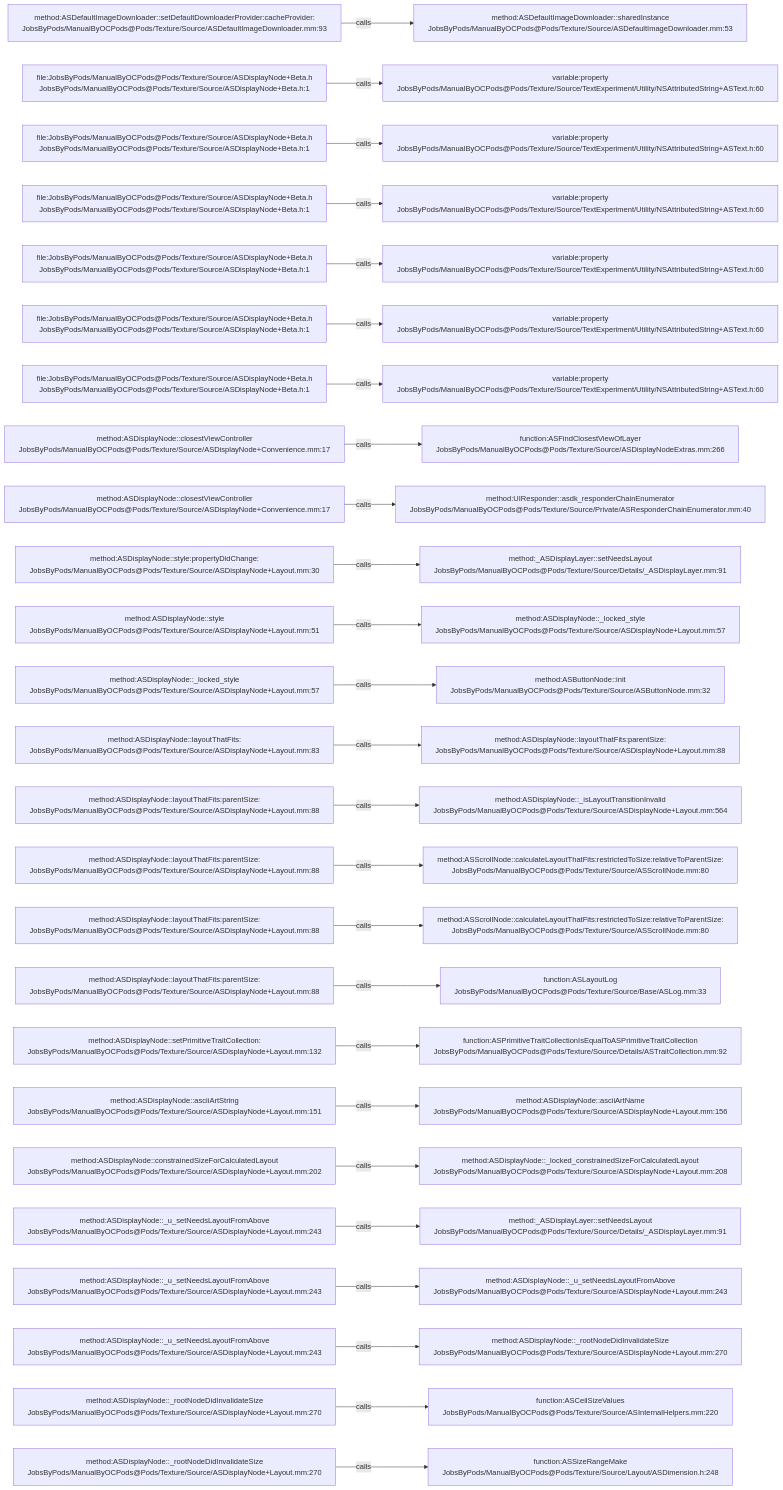
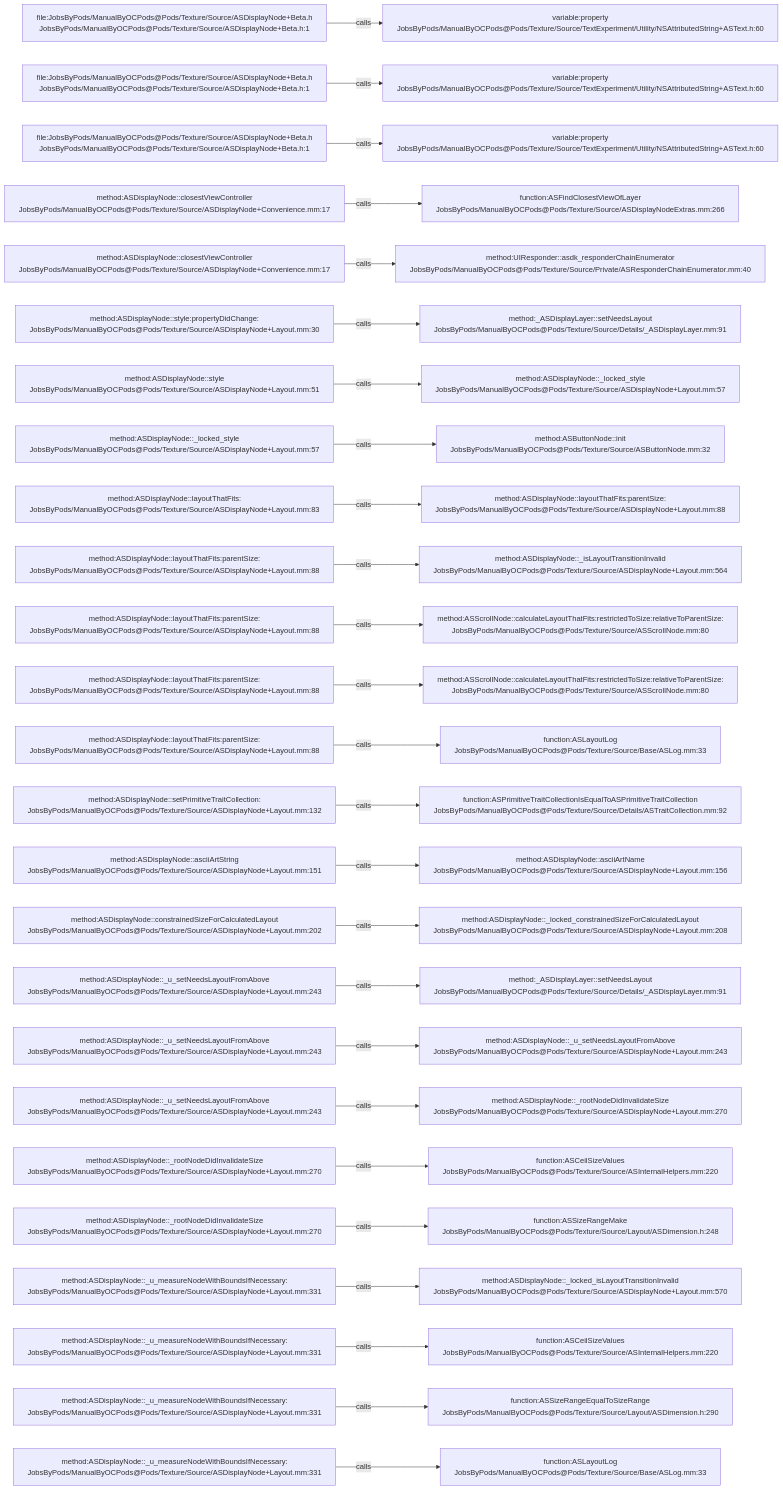
The diagram in .codegraph/codegraph.md/graphs/calls-088.md (JobsKits/JobsOCBaseConfigDemo), drawn with Mermaid before and after one commit. The commit also changed 727 other files, not shown here.

````diff
--- a/.codegraph/codegraph.md/graphs/calls-088.md
+++ b/.codegraph/codegraph.md/graphs/calls-088.md
@@ -13,78 +13,78 @@
 ```mermaid
 flowchart LR
-  S1["method:ASDefaultImageDownloader::setDefaultDownloaderProvider:cacheProvider:<br/>JobsByPods/ManualByOCPods@Pods/Texture/Source/ASDefaultImageDownloader.mm:93"]
-  T1["method:ASDefaultImageDownloader::sharedInstance<br/>JobsByPods/ManualByOCPods@Pods/Texture/Source/ASDefaultImageDownloader.mm:53"]
+  S1["file:JobsByPods/ManualByOCPods@Pods/Texture/Source/ASDisplayNode+Beta.h<br/>JobsByPods/ManualByOCPods@Pods/Texture/Source/ASDisplayNode+Beta.h:1"]
+  T1["variable:property<br/>JobsByPods/ManualByOCPods@Pods/Texture/Source/TextExperiment/Utility/NSAttributedString+ASText.h:60"]
   S1 -->|calls| T1
   S2["file:JobsByPods/ManualByOCPods@Pods/Texture/Source/ASDisplayNode+Beta.h<br/>JobsByPods/ManualByOCPods@Pods/Texture/Source/ASDisplayNode+Beta.h:1"]
   T2["variable:property<br/>JobsByPods/ManualByOCPods@Pods/Texture/Source/TextExperiment/Utility/NSAttributedString+ASText.h:60"]
   S2 -->|calls| T2
   S3["file:JobsByPods/ManualByOCPods@Pods/Texture/Source/ASDisplayNode+Beta.h<br/>JobsByPods/ManualByOCPods@Pods/Texture/Source/ASDisplayNode+Beta.h:1"]
   T3["variable:property<br/>JobsByPods/ManualByOCPods@Pods/Texture/Source/TextExperiment/Utility/NSAttributedString+ASText.h:60"]
   S3 -->|calls| T3
-  S4["file:JobsByPods/ManualByOCPods@Pods/Texture/Source/ASDisplayNode+Beta.h<br/>JobsByPods/ManualByOCPods@Pods/Texture/Source/ASDisplayNode+Beta.h:1"]
-  T4["variable:property<br/>JobsByPods/ManualByOCPods@Pods/Texture/Source/TextExperiment/Utility/NSAttributedString+ASText.h:60"]
+  S4["method:ASDisplayNode::closestViewController<br/>JobsByPods/ManualByOCPods@Pods/Texture/Source/ASDisplayNode+Convenience.mm:17"]
+  T4["function:ASFindClosestViewOfLayer<br/>JobsByPods/ManualByOCPods@Pods/Texture/Source/ASDisplayNodeExtras.mm:266"]
   S4 -->|calls| T4
-  S5["file:JobsByPods/ManualByOCPods@Pods/Texture/Source/ASDisplayNode+Beta.h<br/>JobsByPods/ManualByOCPods@Pods/Texture/Source/ASDisplayNode+Beta.h:1"]
-  T5["variable:property<br/>JobsByPods/ManualByOCPods@Pods/Texture/Source/TextExperiment/Utility/NSAttributedString+ASText.h:60"]
+  S5["method:ASDisplayNode::closestViewController<br/>JobsByPods/ManualByOCPods@Pods/Texture/Source/ASDisplayNode+Convenience.mm:17"]
+  T5["method:UIResponder::asdk_responderChainEnumerator<br/>JobsByPods/ManualByOCPods@Pods/Texture/Source/Private/ASResponderChainEnumerator.mm:40"]
   S5 -->|calls| T5
-  S6["file:JobsByPods/ManualByOCPods@Pods/Texture/Source/ASDisplayNode+Beta.h<br/>JobsByPods/ManualByOCPods@Pods/Texture/Source/ASDisplayNode+Beta.h:1"]
-  T6["variable:property<br/>JobsByPods/ManualByOCPods@Pods/Texture/Source/TextExperiment/Utility/NSAttributedString+ASText.h:60"]
+  S6["method:ASDisplayNode::style:propertyDidChange:<br/>JobsByPods/ManualByOCPods@Pods/Texture/Source/ASDisplayNode+Layout.mm:30"]
+  T6["method:_ASDisplayLayer::setNeedsLayout<br/>JobsByPods/ManualByOCPods@Pods/Texture/Source/Details/_ASDisplayLayer.mm:91"]
   S6 -->|calls| T6
-  S7["file:JobsByPods/ManualByOCPods@Pods/Texture/Source/ASDisplayNode+Beta.h<br/>JobsByPods/ManualByOCPods@Pods/Texture/Source/ASDisplayNode+Beta.h:1"]
-  T7["variable:property<br/>JobsByPods/ManualByOCPods@Pods/Texture/Source/TextExperiment/Utility/NSAttributedString+ASText.h:60"]
+  S7["method:ASDisplayNode::style<br/>JobsByPods/ManualByOCPods@Pods/Texture/Source/ASDisplayNode+Layout.mm:51"]
+  T7["method:ASDisplayNode::_locked_style<br/>JobsByPods/ManualByOCPods@Pods/Texture/Source/ASDisplayNode+Layout.mm:57"]
   S7 -->|calls| T7
-  S8["method:ASDisplayNode::closestViewController<br/>JobsByPods/ManualByOCPods@Pods/Texture/Source/ASDisplayNode+Convenience.mm:17"]
-  T8["function:ASFindClosestViewOfLayer<br/>JobsByPods/ManualByOCPods@Pods/Texture/Source/ASDisplayNodeExtras.mm:266"]
+  S8["method:ASDisplayNode::_locked_style<br/>JobsByPods/ManualByOCPods@Pods/Texture/Source/ASDisplayNode+Layout.mm:57"]
+  T8["method:ASButtonNode::init<br/>JobsByPods/ManualByOCPods@Pods/Texture/Source/ASButtonNode.mm:32"]
   S8 -->|calls| T8
-  S9["method:ASDisplayNode::closestViewController<br/>JobsByPods/ManualByOCPods@Pods/Texture/Source/ASDisplayNode+Convenience.mm:17"]
-  T9["method:UIResponder::asdk_responderChainEnumerator<br/>JobsByPods/ManualByOCPods@Pods/Texture/Source/Private/ASResponderChainEnumerator.mm:40"]
+  S9["method:ASDisplayNode::layoutThatFits:<br/>JobsByPods/ManualByOCPods@Pods/Texture/Source/ASDisplayNode+Layout.mm:83"]
+  T9["method:ASDisplayNode::layoutThatFits:parentSize:<br/>JobsByPods/ManualByOCPods@Pods/Texture/Source/ASDisplayNode+Layout.mm:88"]
   S9 -->|calls| T9
-  S10["method:ASDisplayNode::style:propertyDidChange:<br/>JobsByPods/ManualByOCPods@Pods/Texture/Source/ASDisplayNode+Layout.mm:30"]
-  T10["method:_ASDisplayLayer::setNeedsLayout<br/>JobsByPods/ManualByOCPods@Pods/Texture/Source/Details/_ASDisplayLayer.mm:91"]
+  S10["method:ASDisplayNode::layoutThatFits:parentSize:<br/>JobsByPods/ManualByOCPods@Pods/Texture/Source/ASDisplayNode+Layout.mm:88"]
+  T10["method:ASDisplayNode::_isLayoutTransitionInvalid<br/>JobsByPods/ManualByOCPods@Pods/Texture/Source/ASDisplayNode+Layout.mm:564"]
   S10 -->|calls| T10
-  S11["method:ASDisplayNode::style<br/>JobsByPods/ManualByOCPods@Pods/Texture/Source/ASDisplayNode+Layout.mm:51"]
-  T11["method:ASDisplayNode::_locked_style<br/>JobsByPods/ManualByOCPods@Pods/Texture/Source/ASDisplayNode+Layout.mm:57"]
+  S11["method:ASDisplayNode::layoutThatFits:parentSize:<br/>JobsByPods/ManualByOCPods@Pods/Texture/Source/ASDisplayNode+Layout.mm:88"]
+  T11["method:ASScrollNode::calculateLayoutThatFits:restrictedToSize:relativeToParentSize:<br/>JobsByPods/ManualByOCPods@Pods/Texture/Source/ASScrollNode.mm:80"]
   S11 -->|calls| T11
-  S12["method:ASDisplayNode::_locked_style<br/>JobsByPods/ManualByOCPods@Pods/Texture/Source/ASDisplayNode+Layout.mm:57"]
-  T12["method:ASButtonNode::init<br/>JobsByPods/ManualByOCPods@Pods/Texture/Source/ASButtonNode.mm:32"]
+  S12["method:ASDisplayNode::layoutThatFits:parentSize:<br/>JobsByPods/ManualByOCPods@Pods/Texture/Source/ASDisplayNode+Layout.mm:88"]
+  T12["method:ASScrollNode::calculateLayoutThatFits:restrictedToSize:relativeToParentSize:<br/>JobsByPods/ManualByOCPods@Pods/Texture/Source/ASScrollNode.mm:80"]
   S12 -->|calls| T12
-  S13["method:ASDisplayNode::layoutThatFits:<br/>JobsByPods/ManualByOCPods@Pods/Texture/Source/ASDisplayNode+Layout.mm:83"]
-  T13["method:ASDisplayNode::layoutThatFits:parentSize:<br/>JobsByPods/ManualByOCPods@Pods/Texture/Source/ASDisplayNode+Layout.mm:88"]
+  S13["method:ASDisplayNode::layoutThatFits:parentSize:<br/>JobsByPods/ManualByOCPods@Pods/Texture/Source/ASDisplayNode+Layout.mm:88"]
+  T13["function:ASLayoutLog<br/>JobsByPods/ManualByOCPods@Pods/Texture/Source/Base/ASLog.mm:33"]
   S13 -->|calls| T13
-  S14["method:ASDisplayNode::layoutThatFits:parentSize:<br/>JobsByPods/ManualByOCPods@Pods/Texture/Source/ASDisplayNode+Layout.mm:88"]
-  T14["method:ASDisplayNode::_isLayoutTransitionInvalid<br/>JobsByPods/ManualByOCPods@Pods/Texture/Source/ASDisplayNode+Layout.mm:564"]
+  S14["method:ASDisplayNode::setPrimitiveTraitCollection:<br/>JobsByPods/ManualByOCPods@Pods/Texture/Source/ASDisplayNode+Layout.mm:132"]
+  T14["function:ASPrimitiveTraitCollectionIsEqualToASPrimitiveTraitCollection<br/>JobsByPods/ManualByOCPods@Pods/Texture/Source/Details/ASTraitCollection.mm:92"]
   S14 -->|calls| T14
-  S15["method:ASDisplayNode::layoutThatFits:parentSize:<br/>JobsByPods/ManualByOCPods@Pods/Texture/Source/ASDisplayNode+Layout.mm:88"]
-  T15["method:ASScrollNode::calculateLayoutThatFits:restrictedToSize:relativeToParentSize:<br/>JobsByPods/ManualByOCPods@Pods/Texture/Source/ASScrollNode.mm:80"]
+  S15["method:ASDisplayNode::asciiArtString<br/>JobsByPods/ManualByOCPods@Pods/Texture/Source/ASDisplayNode+Layout.mm:151"]
+  T15["method:ASDisplayNode::asciiArtName<br/>JobsByPods/ManualByOCPods@Pods/Texture/Source/ASDisplayNode+Layout.mm:156"]
   S15 -->|calls| T15
-  S16["method:ASDisplayNode::layoutThatFits:parentSize:<br/>JobsByPods/ManualByOCPods@Pods/Texture/Source/ASDisplayNode+Layout.mm:88"]
-  T16["method:ASScrollNode::calculateLayoutThatFits:restrictedToSize:relativeToParentSize:<br/>JobsByPods/ManualByOCPods@Pods/Texture/Source/ASScrollNode.mm:80"]
+  S16["method:ASDisplayNode::constrainedSizeForCalculatedLayout<br/>JobsByPods/ManualByOCPods@Pods/Texture/Source/ASDisplayNode+Layout.mm:202"]
+  T16["method:ASDisplayNode::_locked_constrainedSizeForCalculatedLayout<br/>JobsByPods/ManualByOCPods@Pods/Texture/Source/ASDisplayNode+Layout.mm:208"]
   S16 -->|calls| T16
-  S17["method:ASDisplayNode::layoutThatFits:parentSize:<br/>JobsByPods/ManualByOCPods@Pods/Texture/Source/ASDisplayNode+Layout.mm:88"]
-  T17["function:ASLayoutLog<br/>JobsByPods/ManualByOCPods@Pods/Texture/Source/Base/ASLog.mm:33"]
+  S17["method:ASDisplayNode::_u_setNeedsLayoutFromAbove<br/>JobsByPods/ManualByOCPods@Pods/Texture/Source/ASDisplayNode+Layout.mm:243"]
+  T17["method:_ASDisplayLayer::setNeedsLayout<br/>JobsByPods/ManualByOCPods@Pods/Texture/Source/Details/_ASDisplayLayer.mm:91"]
   S17 -->|calls| T17
-  S18["method:ASDisplayNode::setPrimitiveTraitCollection:<br/>JobsByPods/ManualByOCPods@Pods/Texture/Source/ASDisplayNode+Layout.mm:132"]
-  T18["function:ASPrimitiveTraitCollectionIsEqualToASPrimitiveTraitCollection<br/>JobsByPods/ManualByOCPods@Pods/Texture/Source/Details/ASTraitCollection.mm:92"]
+  S18["method:ASDisplayNode::_u_setNeedsLayoutFromAbove<br/>JobsByPods/ManualByOCPods@Pods/Texture/Source/ASDisplayNode+Layout.mm:243"]
+  T18["method:ASDisplayNode::_u_setNeedsLayoutFromAbove<br/>JobsByPods/ManualByOCPods@Pods/Texture/Source/ASDisplayNode+Layout.mm:243"]
   S18 -->|calls| T18
-  S19["method:ASDisplayNode::asciiArtString<br/>JobsByPods/ManualByOCPods@Pods/Texture/Source/ASDisplayNode+Layout.mm:151"]
-  T19["method:ASDisplayNode::asciiArtName<br/>JobsByPods/ManualByOCPods@Pods/Texture/Source/ASDisplayNode+Layout.mm:156"]
+  S19["method:ASDisplayNode::_u_setNeedsLayoutFromAbove<br/>JobsByPods/ManualByOCPods@Pods/Texture/Source/ASDisplayNode+Layout.mm:243"]
+  T19["method:ASDisplayNode::_rootNodeDidInvalidateSize<br/>JobsByPods/ManualByOCPods@Pods/Texture/Source/ASDisplayNode+Layout.mm:270"]
   S19 -->|calls| T19
-  S20["method:ASDisplayNode::constrainedSizeForCalculatedLayout<br/>JobsByPods/ManualByOCPods@Pods/Texture/Source/ASDisplayNode+Layout.mm:202"]
-  T20["method:ASDisplayNode::_locked_constrainedSizeForCalculatedLayout<br/>JobsByPods/ManualByOCPods@Pods/Texture/Source/ASDisplayNode+Layout.mm:208"]
+  S20["method:ASDisplayNode::_rootNodeDidInvalidateSize<br/>JobsByPods/ManualByOCPods@Pods/Texture/Source/ASDisplayNode+Layout.mm:270"]
+  T20["function:ASCeilSizeValues<br/>JobsByPods/ManualByOCPods@Pods/Texture/Source/ASInternalHelpers.mm:220"]
   S20 -->|calls| T20
-  S21["method:ASDisplayNode::_u_setNeedsLayoutFromAbove<br/>JobsByPods/ManualByOCPods@Pods/Texture/Source/ASDisplayNode+Layout.mm:243"]
-  T21["method:_ASDisplayLayer::setNeedsLayout<br/>JobsByPods/ManualByOCPods@Pods/Texture/Source/Details/_ASDisplayLayer.mm:91"]
+  S21["method:ASDisplayNode::_rootNodeDidInvalidateSize<br/>JobsByPods/ManualByOCPods@Pods/Texture/Source/ASDisplayNode+Layout.mm:270"]
+  T21["function:ASSizeRangeMake<br/>JobsByPods/ManualByOCPods@Pods/Texture/Source/Layout/ASDimension.h:248"]
   S21 -->|calls| T21
-  S22["method:ASDisplayNode::_u_setNeedsLayoutFromAbove<br/>JobsByPods/ManualByOCPods@Pods/Texture/Source/ASDisplayNode+Layout.mm:243"]
-  T22["method:ASDisplayNode::_u_setNeedsLayoutFromAbove<br/>JobsByPods/ManualByOCPods@Pods/Texture/Source/ASDisplayNode+Layout.mm:243"]
+  S22["method:ASDisplayNode::_u_measureNodeWithBoundsIfNecessary:<br/>JobsByPods/ManualByOCPods@Pods/Texture/Source/ASDisplayNode+Layout.mm:331"]
+  T22["method:ASDisplayNode::_locked_isLayoutTransitionInvalid<br/>JobsByPods/ManualByOCPods@Pods/Texture/Source/ASDisplayNode+Layout.mm:570"]
   S22 -->|calls| T22
-  S23["method:ASDisplayNode::_u_setNeedsLayoutFromAbove<br/>JobsByPods/ManualByOCPods@Pods/Texture/Source/ASDisplayNode+Layout.mm:243"]
-  T23["method:ASDisplayNode::_rootNodeDidInvalidateSize<br/>JobsByPods/ManualByOCPods@Pods/Texture/Source/ASDisplayNode+Layout.mm:270"]
+  S23["method:ASDisplayNode::_u_measureNodeWithBoundsIfNecessary:<br/>JobsByPods/ManualByOCPods@Pods/Texture/Source/ASDisplayNode+Layout.mm:331"]
+  T23["function:ASCeilSizeValues<br/>JobsByPods/ManualByOCPods@Pods/Texture/Source/ASInternalHelpers.mm:220"]
   S23 -->|calls| T23
-  S24["method:ASDisplayNode::_rootNodeDidInvalidateSize<br/>JobsByPods/ManualByOCPods@Pods/Texture/Source/ASDisplayNode+Layout.mm:270"]
-  T24["function:ASCeilSizeValues<br/>JobsByPods/ManualByOCPods@Pods/Texture/Source/ASInternalHelpers.mm:220"]
+  S24["method:ASDisplayNode::_u_measureNodeWithBoundsIfNecessary:<br/>JobsByPods/ManualByOCPods@Pods/Texture/Source/ASDisplayNode+Layout.mm:331"]
+  T24["function:ASSizeRangeEqualToSizeRange<br/>JobsByPods/ManualByOCPods@Pods/Texture/Source/Layout/ASDimension.h:290"]
   S24 -->|calls| T24
-  S25["method:ASDisplayNode::_rootNodeDidInvalidateSize<br/>JobsByPods/ManualByOCPods@Pods/Texture/Source/ASDisplayNode+Layout.mm:270"]
-  T25["function:ASSizeRangeMake<br/>JobsByPods/ManualByOCPods@Pods/Texture/Source/Layout/ASDimension.h:248"]
+  S25["method:ASDisplayNode::_u_measureNodeWithBoundsIfNecessary:<br/>JobsByPods/ManualByOCPods@Pods/Texture/Source/ASDisplayNode+Layout.mm:331"]
+  T25["function:ASLayoutLog<br/>JobsByPods/ManualByOCPods@Pods/Texture/Source/Base/ASLog.mm:33"]
   S25 -->|calls| T25
 ```
````
